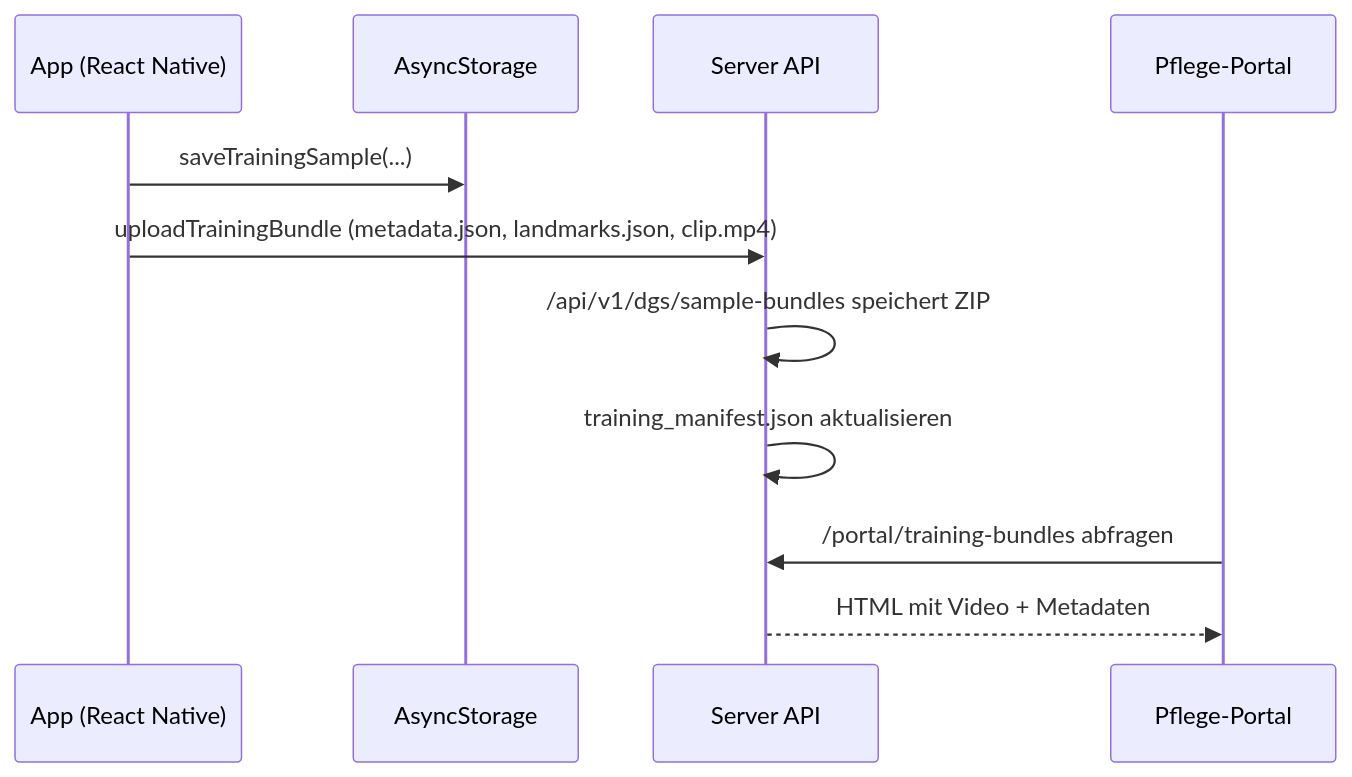
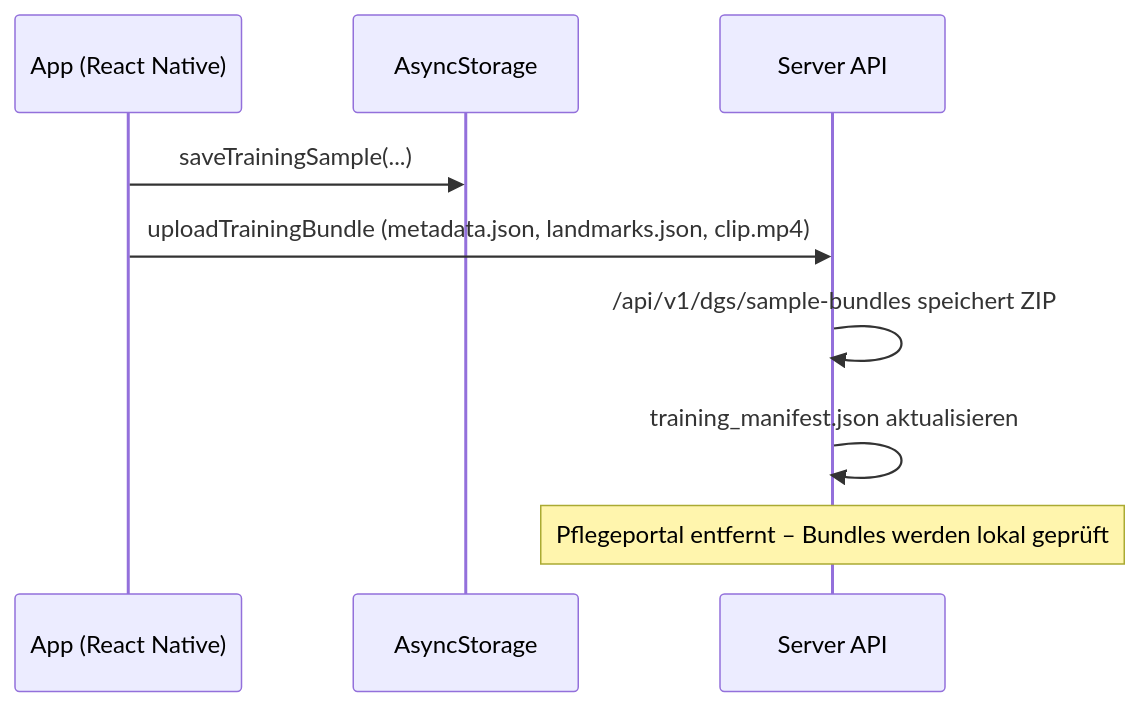
The diagram in docs/training-bundle-flow.md (voku/AmysEcho), drawn with Mermaid before and after one commit. The commit also changed other lines of this file and 50 other files, not shown here.

````diff
--- a/docs/training-bundle-flow.md
+++ b/docs/training-bundle-flow.md
@@ -5,14 +5,12 @@
 ```mermaid
 sequenceDiagram
     participant App as App (React Native)
     participant Storage as AsyncStorage
     participant Server as Server API
-    participant Portal as Pflege-Portal
 
     App->>Storage: saveTrainingSample(...)
     App->>Server: uploadTrainingBundle (metadata.json, landmarks.json, clip.mp4)
     Server->>Server: /api/v1/dgs/sample-bundles speichert ZIP
     Server->>Server: training_manifest.json aktualisieren
-    Portal->>Server: /portal/training-bundles abfragen
-    Server-->>Portal: HTML mit Video + Metadaten
+    Note over Server: Pflegeportal entfernt – Bundles werden lokal geprüft
 ```
````
